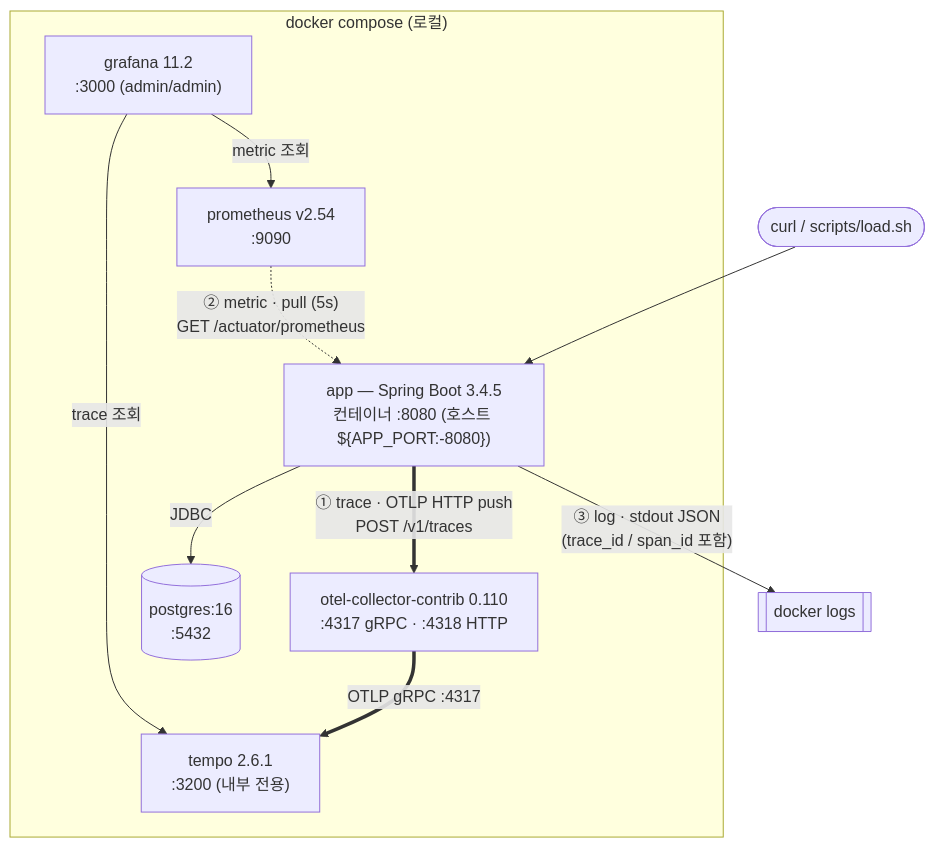
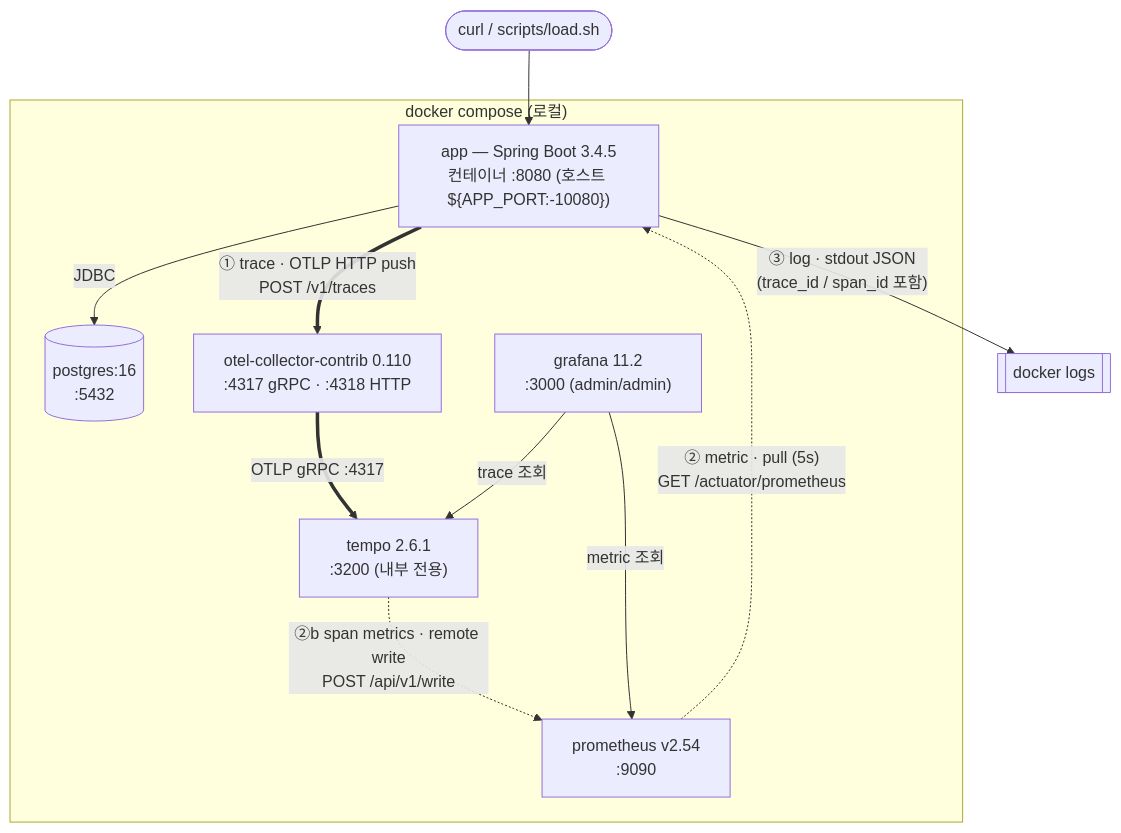
Before and after one commit to sangjinsu/monolith-otel-lab: the first of 4 diagrams in docs/architecture.md, drawn with Mermaid. The commit also changed other lines of this file and 21 other files, not shown here.

Commit message:
Add Tempo span metrics and avoid app port conflict

````diff
--- a/docs/architecture.md
+++ b/docs/architecture.md
@@ -12,22 +12,23 @@
 ```mermaid
 flowchart TB
     CLIENT([curl / scripts/load.sh])
 
     subgraph host["docker compose (로컬)"]
-        APP["app — Spring Boot 3.4.5<br/>컨테이너 :8080 (호스트 ${APP_PORT:-8080})"]
+        APP["app — Spring Boot 3.4.5<br/>컨테이너 :8080 (호스트 ${APP_PORT:-10080})"]
         PG[("postgres:16<br/>:5432")]
         COL["otel-collector-contrib 0.110<br/>:4317 gRPC · :4318 HTTP"]
         TEMPO["tempo 2.6.1<br/>:3200 (내부 전용)"]
         PROM["prometheus v2.54<br/>:9090"]
         GRAF["grafana 11.2<br/>:3000 (admin/admin)"]
     end
 
     CLIENT --> APP
     APP -- JDBC --> PG
     APP == "① trace · OTLP HTTP push<br/>POST /v1/traces" ==> COL
     COL == "OTLP gRPC :4317" ==> TEMPO
     PROM -. "② metric · pull (5s)<br/>GET /actuator/prometheus" .-> APP
+    TEMPO -. "②b span metrics · remote write<br/>POST /api/v1/write" .-> PROM
     APP -- "③ log · stdout JSON<br/>(trace_id / span_id 포함)" --> LOGS[["docker logs"]]
     GRAF -->|trace 조회| TEMPO
     GRAF -->|metric 조회| PROM
 ```
````
